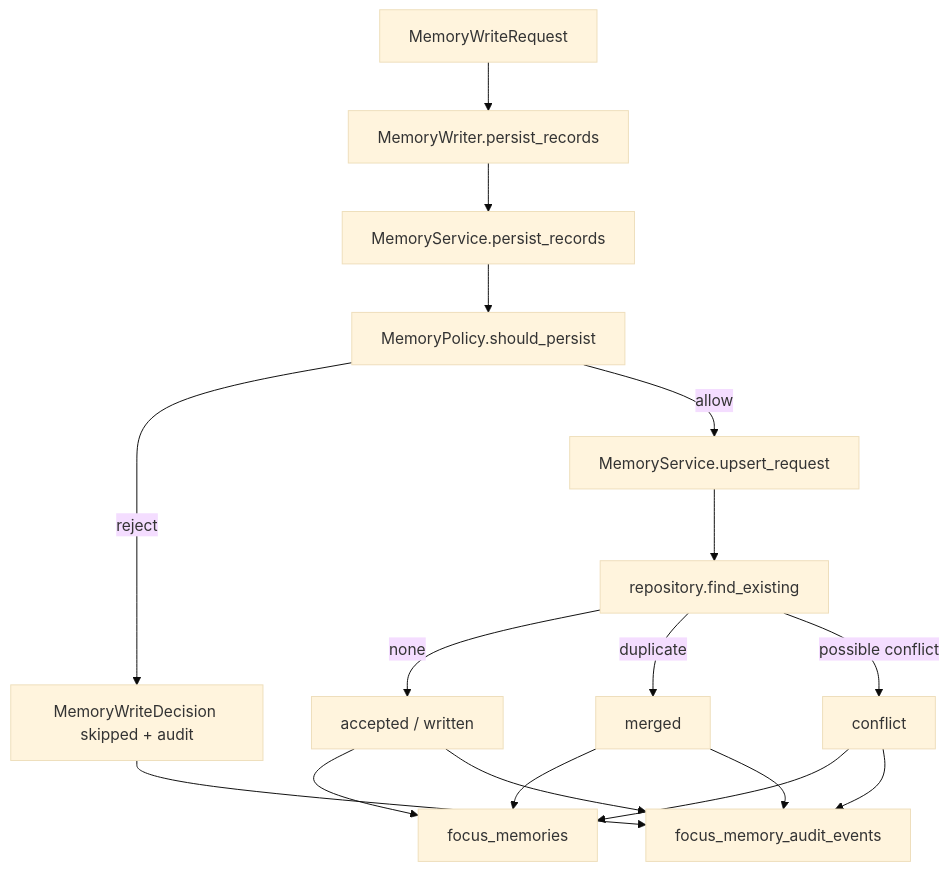
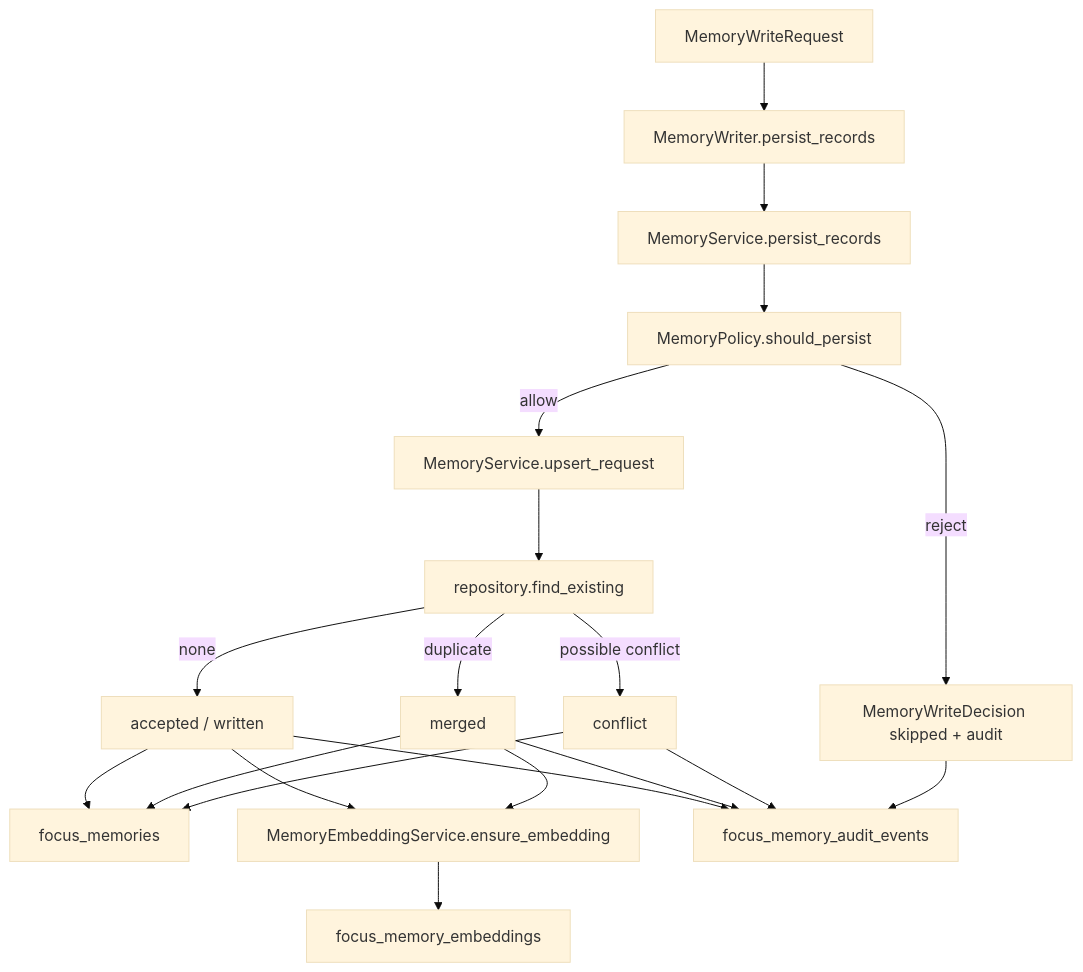
One commit to William-zgx/focus-agent changed the eighth of 12 diagrams in docs/memory-system-v2.md. Above: the diagram before and after it, drawn with Mermaid (base theme). The commit also changed other lines of this file and 35 other files, not shown here.

Commit message:
feat: add pgvector memory embeddings

````diff
--- a/docs/memory-system-v2.md
+++ b/docs/memory-system-v2.md
@@ -405,19 +541,22 @@
 ```mermaid
 flowchart TD
     Request["MemoryWriteRequest"] --> Persist["MemoryWriter.persist_records"]
     Persist --> Service["MemoryService.persist_records"]
     Service --> Policy["MemoryPolicy.should_persist"]
     Policy -- "reject" --> Skip["MemoryWriteDecision skipped + audit"]
     Policy -- "allow" --> Upsert["MemoryService.upsert_request"]
     Upsert --> Existing["repository.find_existing"]
     Existing -- "none" --> Accepted["accepted / written"]
     Existing -- "duplicate" --> Merged["merged"]
     Existing -- "possible conflict" --> Conflict["conflict"]
     Accepted --> Repo["focus_memories"]
     Merged --> Repo
     Conflict --> Repo
+    Accepted --> Embed["MemoryEmbeddingService.ensure_embedding"]
+    Merged --> Embed
+    Embed --> Shadow["focus_memory_embeddings"]
     Accepted --> Audit["focus_memory_audit_events"]
     Merged --> Audit
     Conflict --> Audit
     Skip --> Audit
 ```
````
